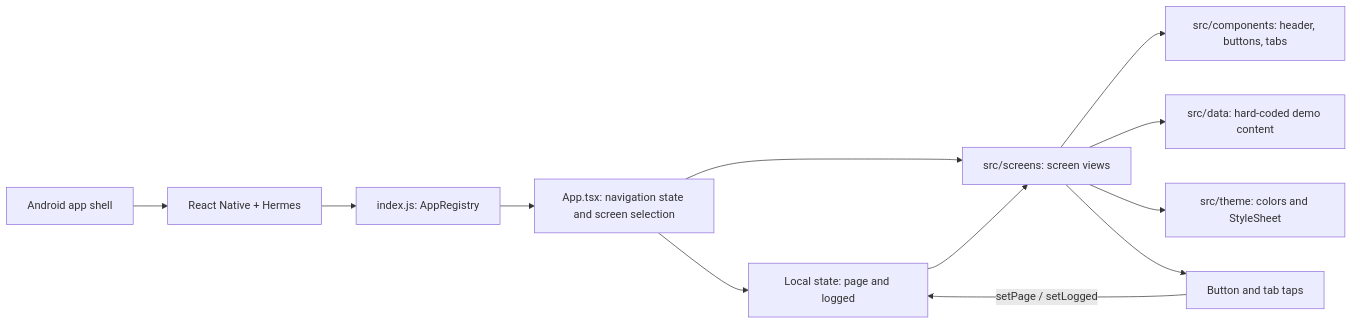
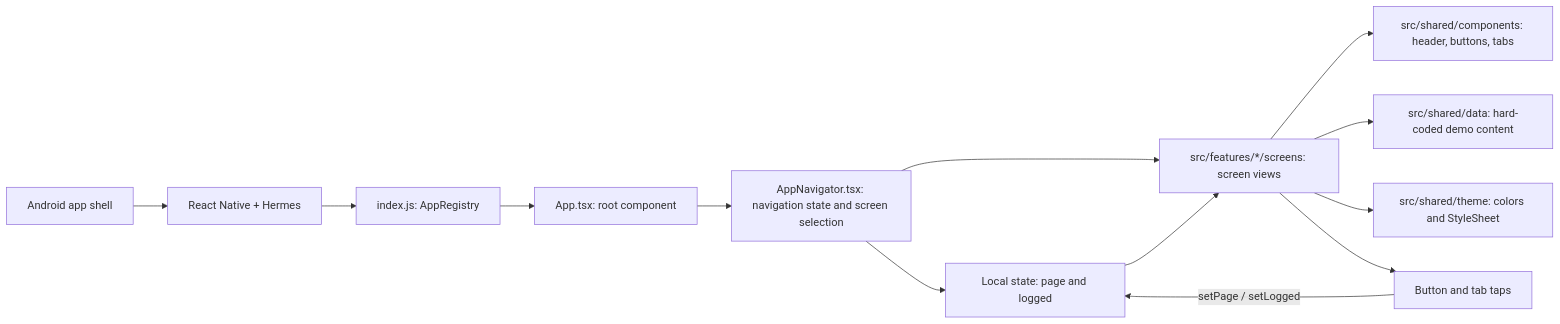
Before and after one commit to Patt-00/Campus4Change: the first of 2 diagrams in docs/ARCHITECTURE.md, drawn with Mermaid. The commit also changed other lines of this file and 16 other files, not shown here.

Commit message:
Organize app by feature and separate navigation

````diff
--- a/docs/ARCHITECTURE.md
+++ b/docs/ARCHITECTURE.md
@@ -5,14 +5,15 @@
 ```mermaid
 flowchart LR
     Android["Android app shell"] --> RN["React Native + Hermes"]
     RN --> Entry["index.js: AppRegistry"]
-    Entry --> App["App.tsx: navigation state and screen selection"]
+    Entry --> Root["App.tsx: root component"]
+    Root --> App["AppNavigator.tsx: navigation state and screen selection"]
     App --> State["Local state: page and logged"]
-    App --> Screens["src/screens: screen views"]
-    Screens --> Shared["src/components: header, buttons, tabs"]
-    Screens --> Data["src/data: hard-coded demo content"]
-    Screens --> Styles["src/theme: colors and StyleSheet"]
+    App --> Screens["src/features/*/screens: screen views"]
+    Screens --> Shared["src/shared/components: header, buttons, tabs"]
+    Screens --> Data["src/shared/data: hard-coded demo content"]
+    Screens --> Styles["src/shared/theme: colors and StyleSheet"]
     State --> Screens
     Screens --> Actions["Button and tab taps"]
     Actions -->|"setPage / setLogged"| State
 ```
````
